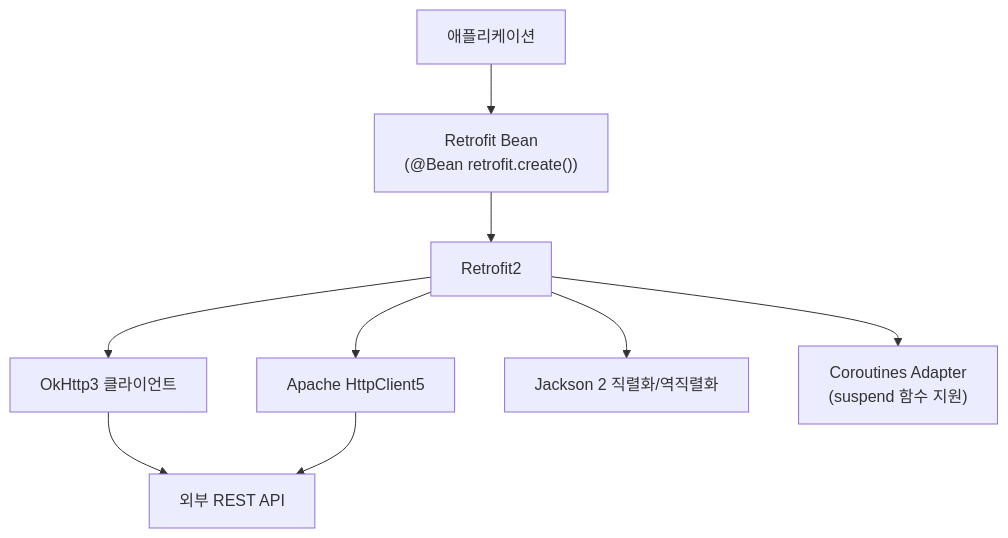
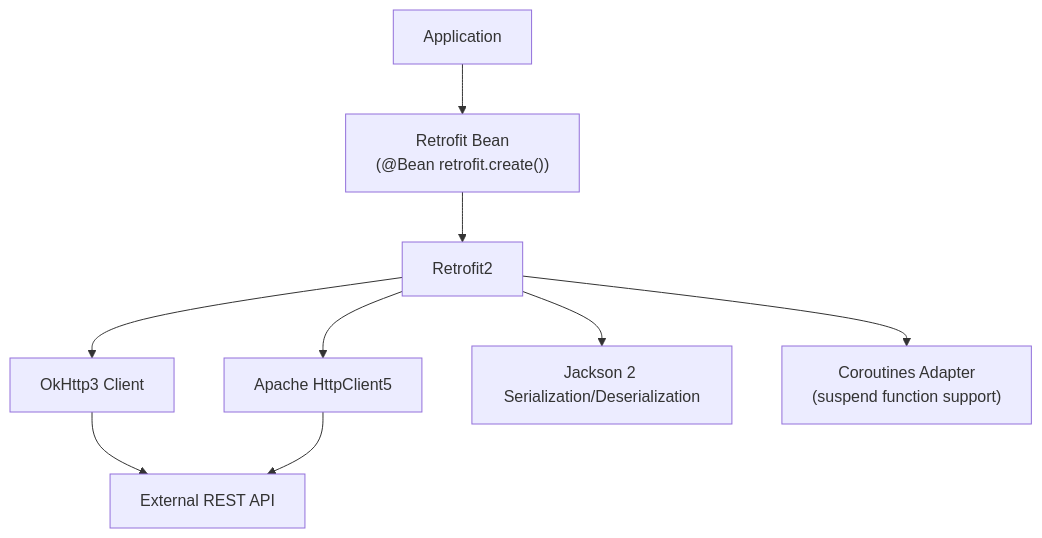
The fourth of 4 diagrams in spring-boot4/core/README.md (bluetape4k/bluetape4k-projects), drawn with Mermaid before and after one commit. The commit also changed other lines of this file and 265 other files, not shown here.

````diff
--- a/spring-boot4/core/README.md
+++ b/spring-boot4/core/README.md
@@ -241,11 +240,11 @@
 ```mermaid
 flowchart TD
-    App["애플리케이션"] --> RetrofitBean["Retrofit Bean<br/>(@Bean retrofit.create<T>())"]
+    App["Application"] --> RetrofitBean["Retrofit Bean<br/>(@Bean retrofit.create<T>())"]
     RetrofitBean --> Retrofit2["Retrofit2"]
-    Retrofit2 --> OkHttp["OkHttp3 클라이언트"]
+    Retrofit2 --> OkHttp["OkHttp3 Client"]
     Retrofit2 --> HttpClient5["Apache HttpClient5"]
-    Retrofit2 --> Jackson["Jackson 2 직렬화/역직렬화"]
-    Retrofit2 --> CoroutinesAdapter["Coroutines Adapter<br/>(suspend 함수 지원)"]
-    OkHttp --> ExternalAPI["외부 REST API"]
+    Retrofit2 --> Jackson["Jackson 2 Serialization/Deserialization"]
+    Retrofit2 --> CoroutinesAdapter["Coroutines Adapter<br/>(suspend function support)"]
+    OkHttp --> ExternalAPI["External REST API"]
     HttpClient5 --> ExternalAPI
 ```
````
